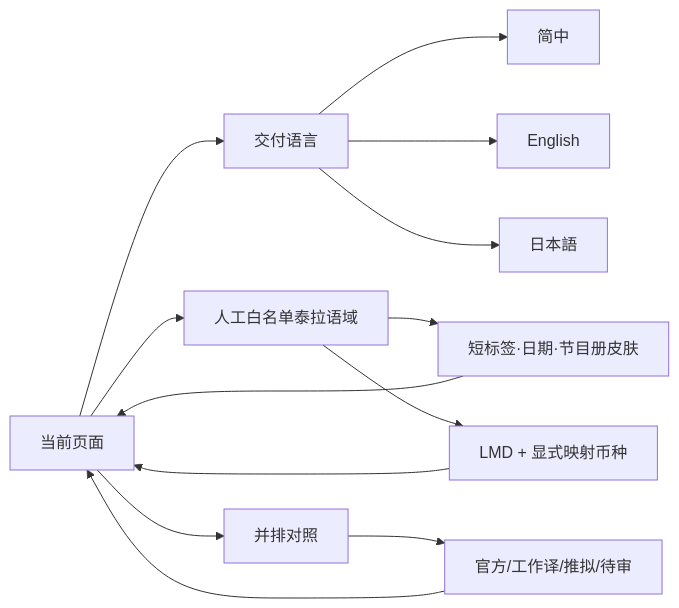
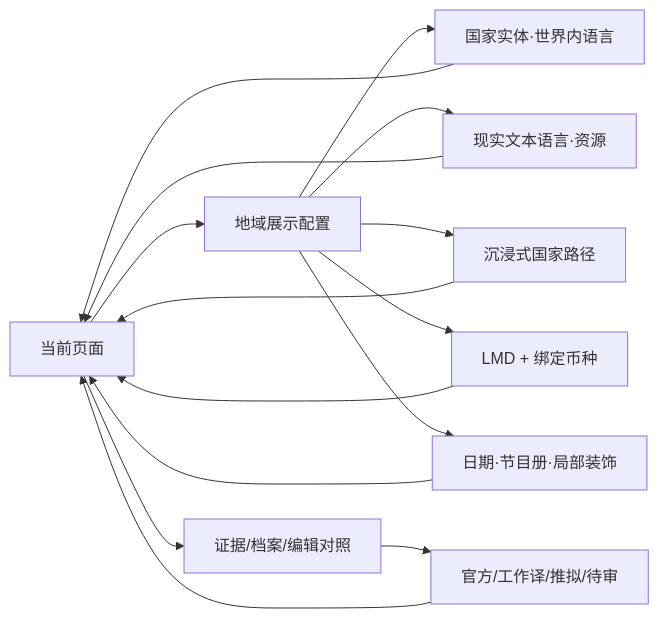
Before and after one commit to Selloryebir/crimson_troupe: the diagram in docs/blueprint/03_journeys/maps/08_国际化与证据.mmd, drawn with Mermaid. The commit also changed 29 other files, not shown here.

```diff
--- a/docs/blueprint/03_journeys/maps/08_国际化与证据.mmd
+++ b/docs/blueprint/03_journeys/maps/08_国际化与证据.mmd
@@ -1,13 +1,15 @@
 flowchart LR
-  Page[当前页面] --> Delivery[交付语言]
-  Delivery --> CN[简中]
-  Delivery --> EN[English]
-  Delivery --> JP[日本語]
-  Page --> Diegetic[人工白名单泰拉语域]
-  Diegetic --> Skin[短标签·日期·节目册皮肤]
+  Page[当前页面] --> Profile[地域展示配置]
+  Profile --> Entity[国家实体·世界内语言]
+  Profile --> Text[现实文本语言·资源]
+  Profile --> Route[沉浸式国家路径]
+  Profile --> Currency[LMD + 绑定币种]
+  Profile --> Skin[日期·节目册·局部装饰]
+  Entity --> Page
+  Text --> Page
+  Route --> Page
+  Currency --> Page
   Skin --> Page
-  Diegetic --> Currency[LMD + 显式映射币种]
-  Currency --> Page
-  Page --> Evidence[并排对照]
+  Page --> Evidence[证据/档案/编辑对照]
   Evidence --> Status[官方/工作译/推拟/待审]
   Status --> Page
```
